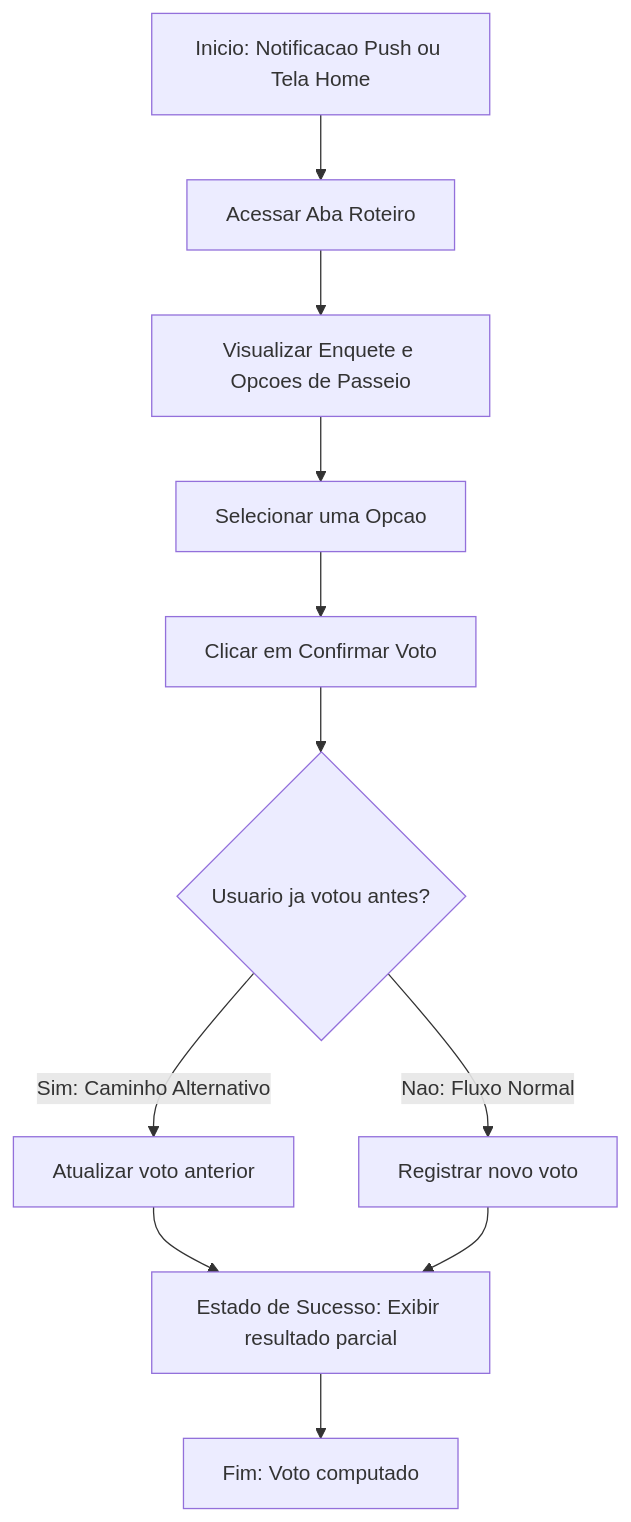
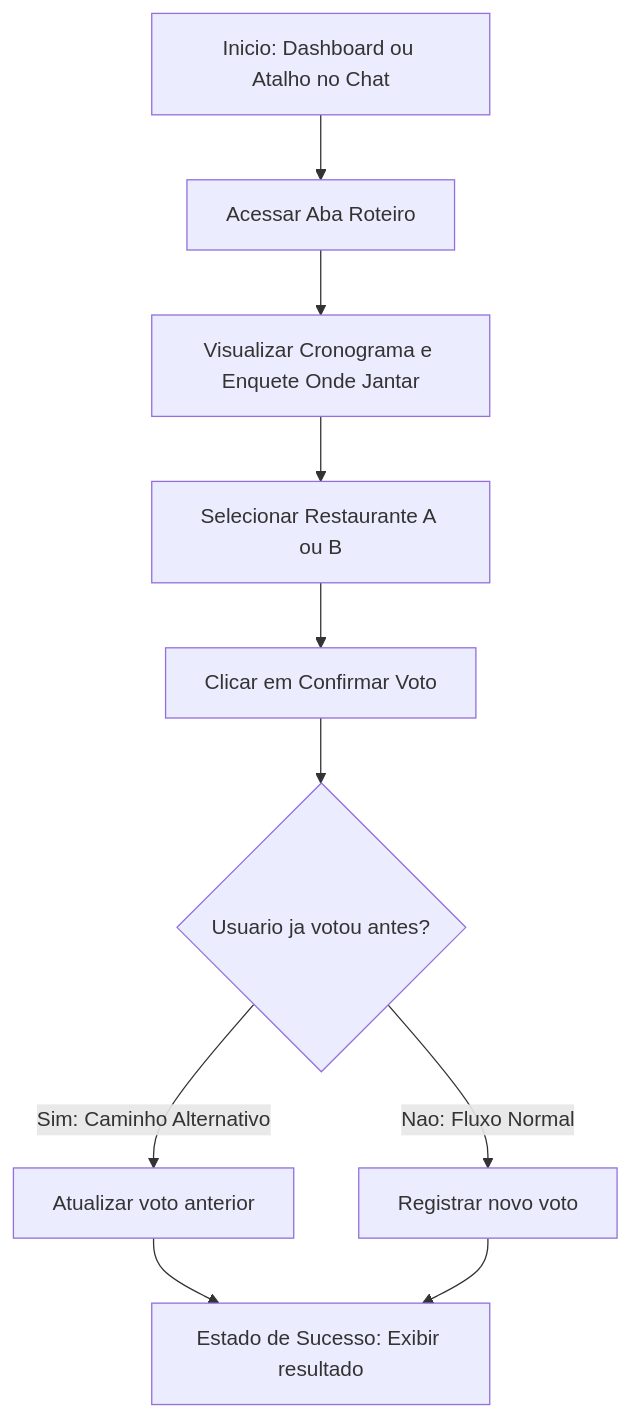
Before and after one commit to luigibernardodeoliveira-dot/EXPERIENCIA_DO_USUARIO_E_FRONT-END: the fourth of 6 diagrams in docs/8_arquitetura_fluxo.md, drawn with Mermaid. The commit also changed other lines of this file, not shown here.

````diff
--- a/docs/8_arquitetura_fluxo.md
+++ b/docs/8_arquitetura_fluxo.md
@@ -65,13 +94,12 @@
 ```mermaid
 graph TD
-    A[Inicio: Notificacao Push ou Tela Home] --> B[Acessar Aba Roteiro]
-    B --> C[Visualizar Enquete e Opcoes de Passeio]
-    C --> D[Selecionar uma Opcao]
+    A[Inicio: Dashboard ou Atalho no Chat] --> B[Acessar Aba Roteiro]
+    B --> C[Visualizar Cronograma e Enquete Onde Jantar]
+    C --> D[Selecionar Restaurante A ou B]
     D --> E[Clicar em Confirmar Voto]
     E --> F{Usuario ja votou antes?}
     F -- Sim: Caminho Alternativo --> G[Atualizar voto anterior]
     F -- Nao: Fluxo Normal --> H[Registrar novo voto]
-    G --> I[Estado de Sucesso: Exibir resultado parcial]
+    G --> I[Estado de Sucesso: Exibir resultado]
     H --> I
-    I --> J[Fim: Voto computado]
 ```
````
